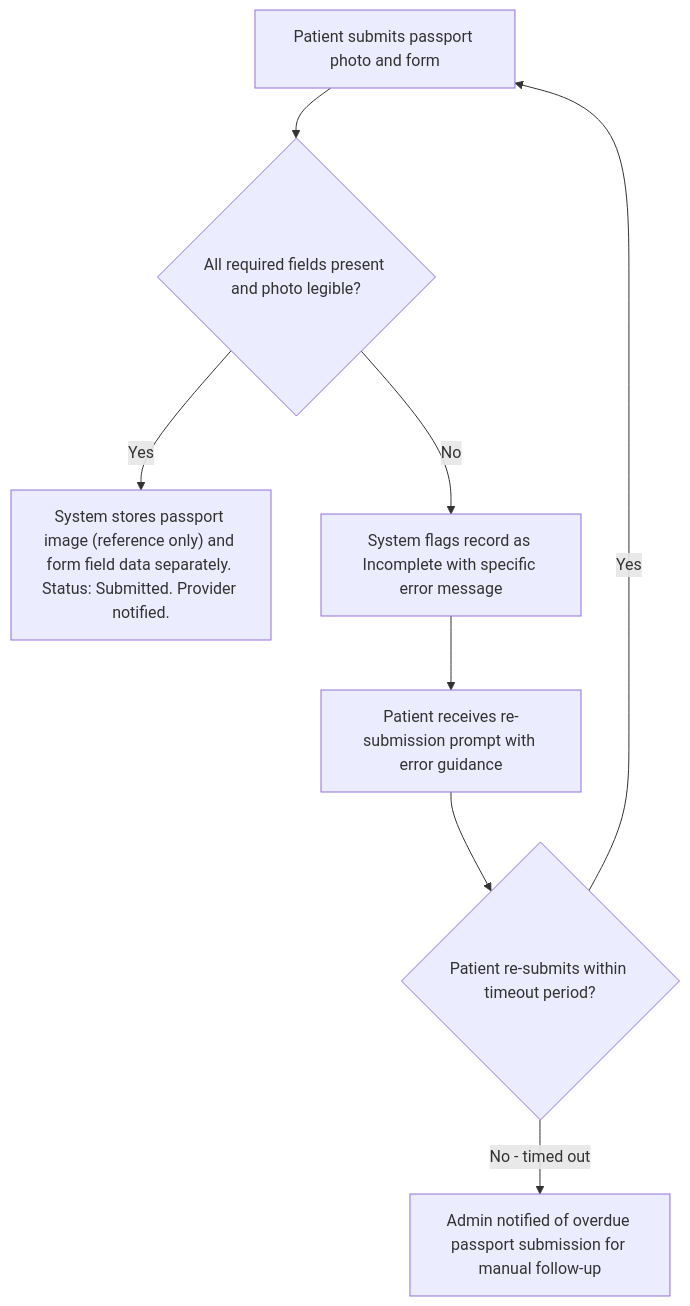
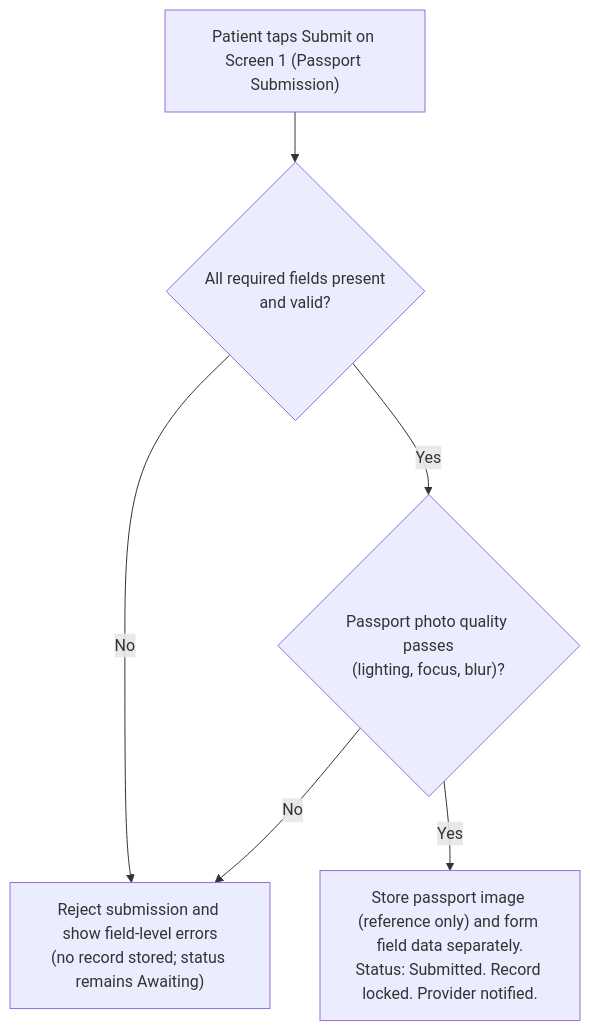
The third of 5 diagrams in project-requirements/functional-requirements/fr008-travel-booking-integration/prd.md (joachimtrungtuan/hairline-pm-docs), drawn with Mermaid before and after one commit. The commit also changed other lines of this file and 6 other files, not shown here.

````diff
--- a/project-requirements/functional-requirements/fr008-travel-booking-integration/prd.md
+++ b/project-requirements/functional-requirements/fr008-travel-booking-integration/prd.md
@@ -187,18 +187,14 @@
 ```mermaid
 flowchart TD
-  A1S1["Patient submits passport photo and form"]
-  A1S2{"All required fields present and photo legible?"}
-  A1S3["System stores passport image (reference only) and form field data separately. Status: Submitted. Provider notified."]
-  A1S4["System flags record as Incomplete with specific error message"]
-  A1S5["Patient receives re-submission prompt with error guidance"]
-  A1S6{"Patient re-submits within timeout period?"}
-  A1S7["Admin notified of overdue passport submission for manual follow-up"]
+  A1S1["Patient taps Submit on Screen 1 (Passport Submission)"]
+  A1S2{"All required fields present<br/>and valid?"}
+  A1S3{"Passport photo quality passes<br/>(lighting, focus, blur)?"}
+  A1S4["Reject submission and show field-level errors<br/>(no record stored; status remains Awaiting)"]
+  A1S5["Store passport image (reference only) and form field data separately.<br/>Status: Submitted. Record locked. Provider notified."]
 
   A1S1 --> A1S2
+  A1S2 -->|No| A1S4
   A1S2 -->|Yes| A1S3
-  A1S2 -->|No| A1S4
-  A1S4 --> A1S5
-  A1S5 --> A1S6
-  A1S6 -->|Yes| A1S1
-  A1S6 -->|No - timed out| A1S7
+  A1S3 -->|No| A1S4
+  A1S3 -->|Yes| A1S5
 ```
````
